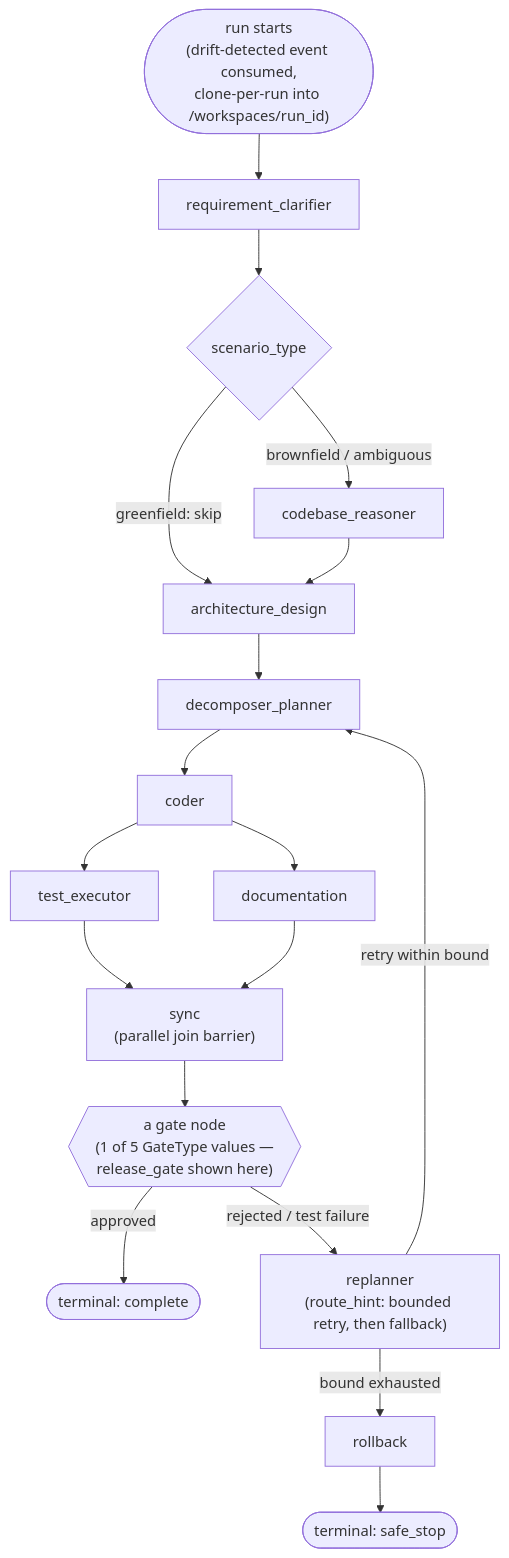
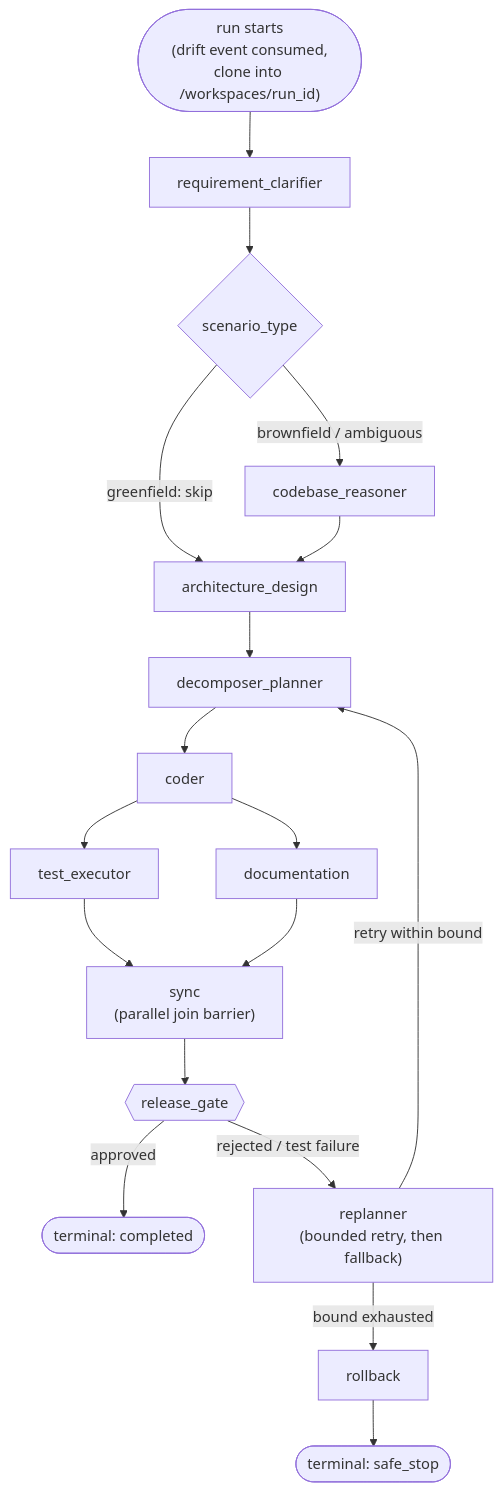
The third of 3 diagrams in README.md (jayakumard10/agentic-sdlc-control-plane), drawn with Mermaid before and after one commit. The commit also changed other lines of this file, not shown here.

````diff
--- a/README.md
+++ b/README.md
@@ -53,20 +66,20 @@
 ```mermaid
 flowchart TD
-    START(["run starts<br/>(drift-detected event consumed,<br/>clone-per-run into /workspaces/run_id)"]) --> RC["requirement_clarifier"]
+    START(["run starts<br/>(drift event consumed,<br/>clone into /workspaces/run_id)"]) --> RC["requirement_clarifier"]
     RC --> ROUTE{"scenario_type"}
     ROUTE -- "brownfield / ambiguous" --> CR["codebase_reasoner"]
     ROUTE -- "greenfield: skip" --> AD["architecture_design"]
     CR --> AD
     AD --> DP["decomposer_planner"]
     DP --> CODE["coder"]
     CODE --> PT["test_executor"]
     CODE --> PD["documentation"]
     PT --> SYNC["sync<br/>(parallel join barrier)"]
     PD --> SYNC
-    SYNC --> GATE{{"a gate node<br/>(1 of 5 GateType values —<br/>release_gate shown here)"}}
-    GATE -- "approved" --> DONE(["terminal: complete"])
-    GATE -- "rejected / test failure" --> REPLAN["replanner<br/>(route_hint: bounded retry, then fallback)"]
+    SYNC --> GATE{{"release_gate"}}
+    GATE -- "approved" --> DONE(["terminal: completed"])
+    GATE -- "rejected / test failure" --> REPLAN["replanner<br/>(bounded retry, then fallback)"]
     REPLAN -- "retry within bound" --> DP
     REPLAN -- "bound exhausted" --> ROLLBACK["rollback"]
     ROLLBACK --> SAFE(["terminal: safe_stop"])
 ```
````
